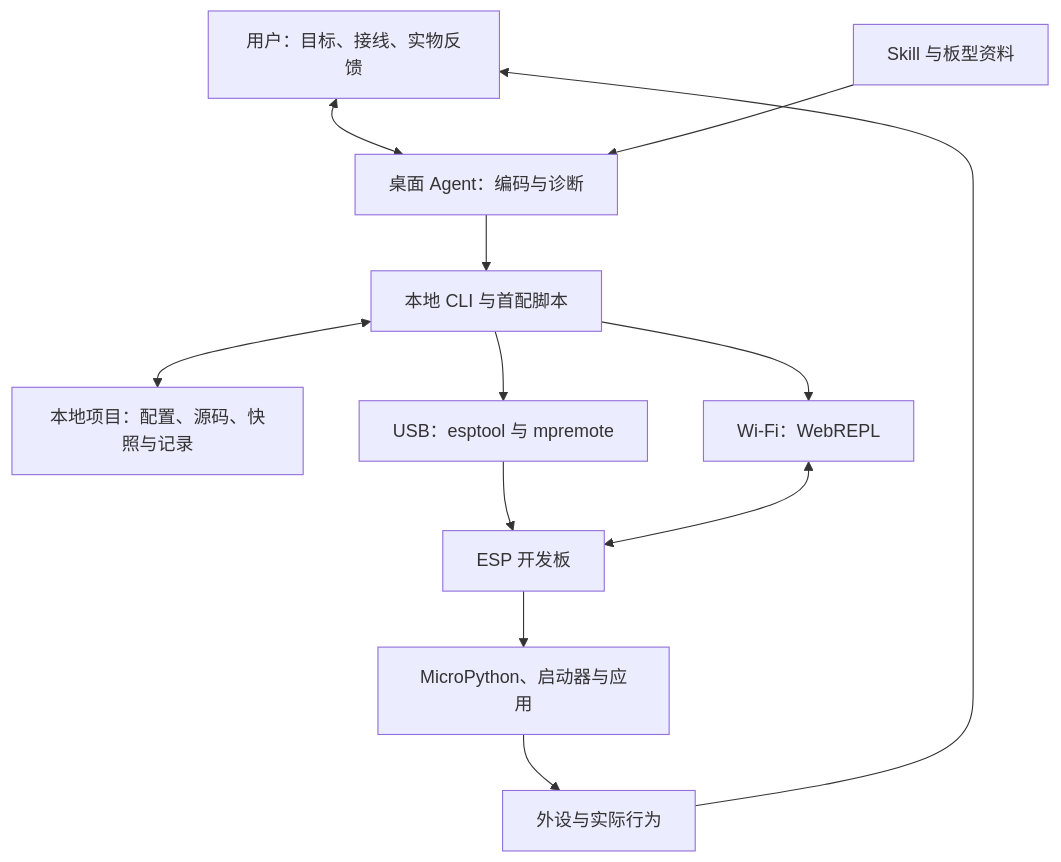
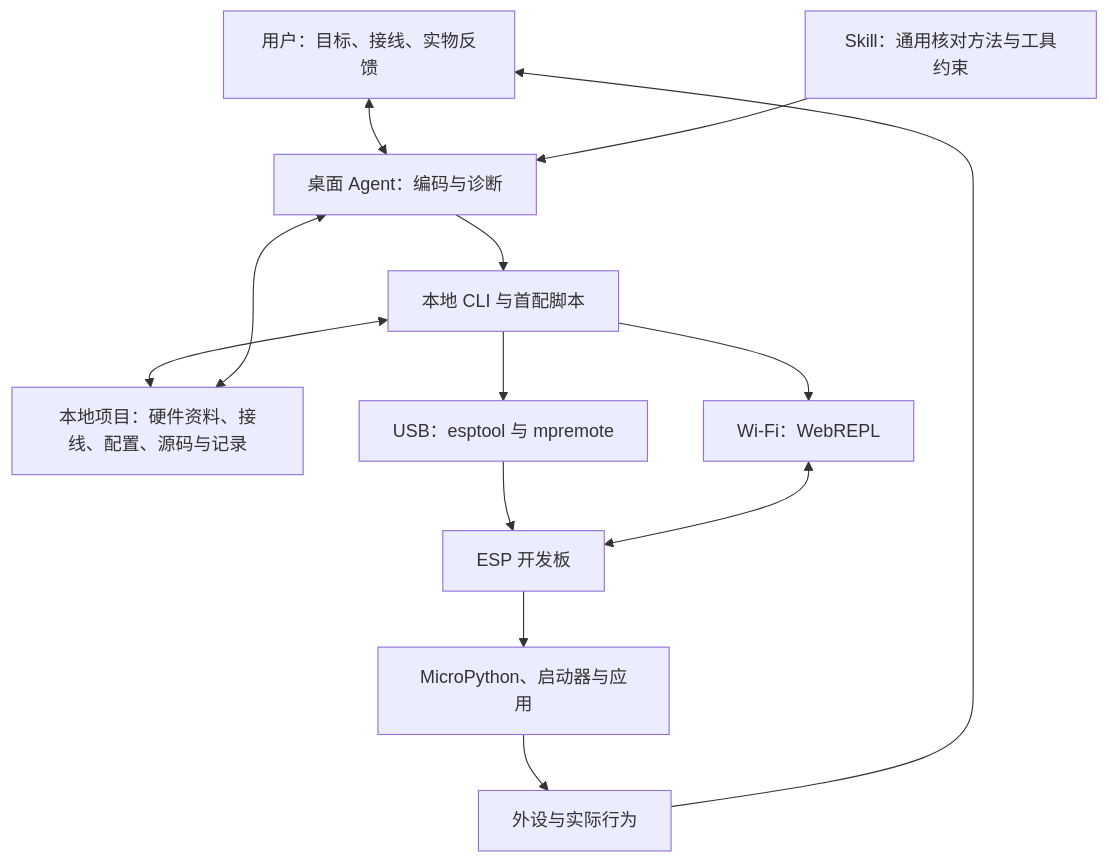
The diagram in docs/architecture-and-development.md (xucailiang/esp-agentkit), drawn with Mermaid before and after one commit. The commit also changed other lines of this file and 11 other files, not shown here.

````diff
--- a/docs/architecture-and-development.md
+++ b/docs/architecture-and-development.md
@@ -7,14 +7,15 @@
 ```mermaid
 flowchart TD
     U[用户：目标、接线、实物反馈] <--> A[桌面 Agent：编码与诊断]
-    S[Skill 与板型资料] --> A
+    S[Skill：通用核对方法与工具约束] --> A
     A --> C[本地 CLI 与首配脚本]
-    C <--> P[本地项目：配置、源码、快照与记录]
+    C <--> P[本地项目：硬件资料、接线、配置、源码与记录]
+    A <--> P
     C --> D[USB：esptool 与 mpremote]
     C --> W[Wi-Fi：WebREPL]
     D --> B[ESP 开发板]
     W <--> B
     B --> R[MicroPython、启动器与应用]
     R --> H[外设与实际行为]
     H --> U
 ```
````
